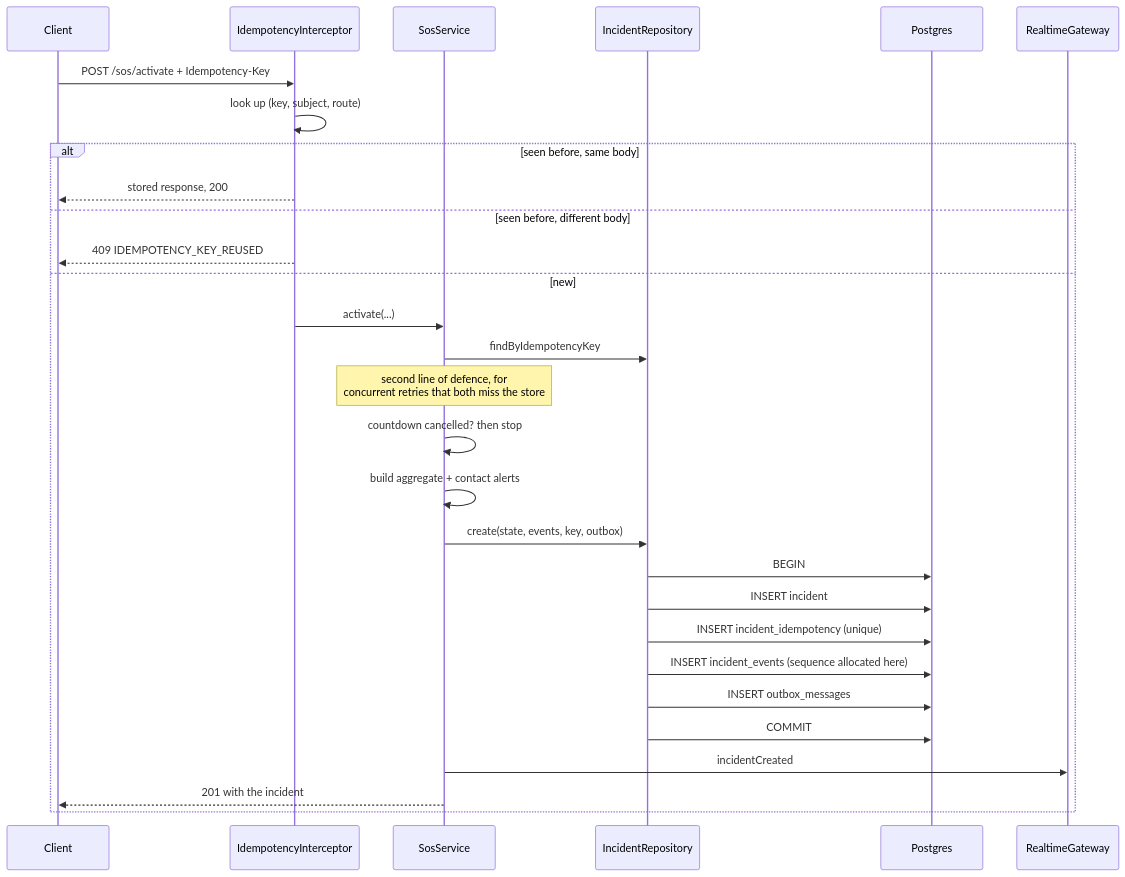
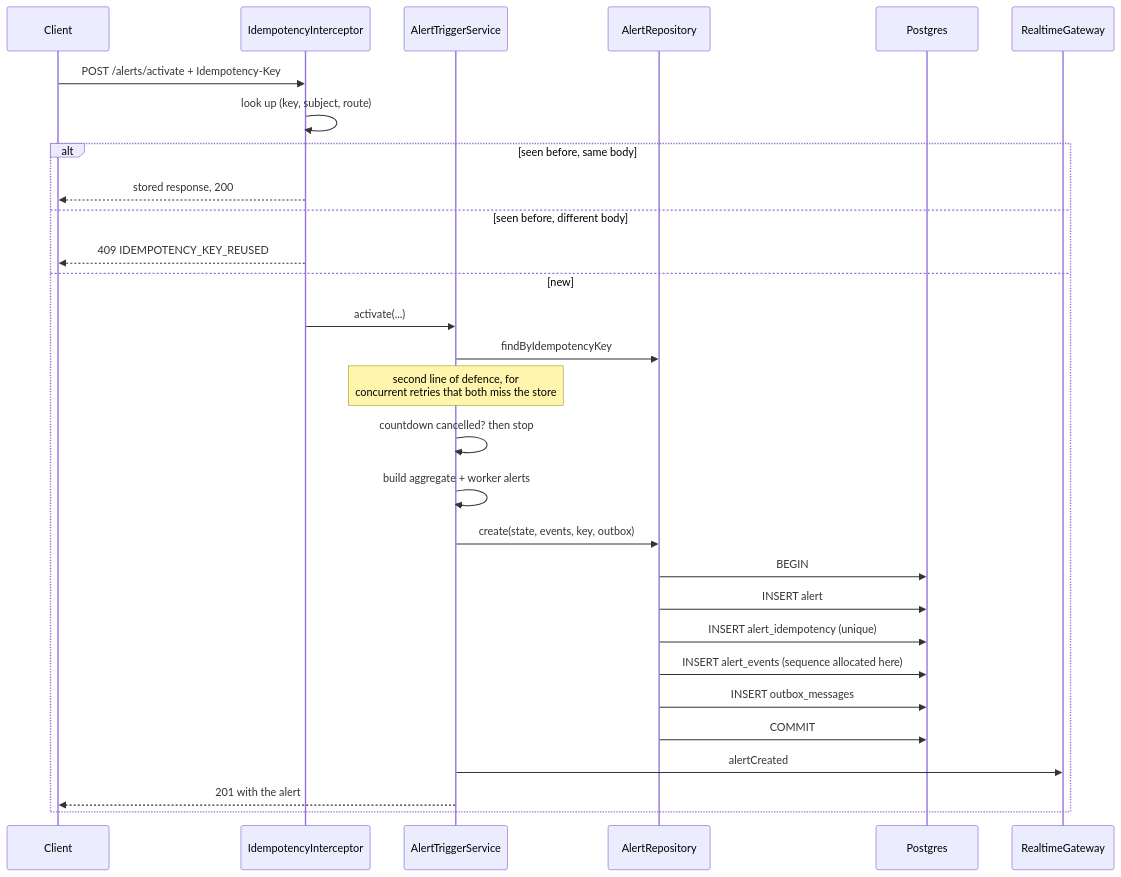
Before and after one commit to Sam12355/agricore-farm-platform: the third of 4 diagrams in ARCHITECTURE.md, drawn with Mermaid. The commit also changed other lines of this file and 205 other files, not shown here.

````diff
--- a/ARCHITECTURE.md
+++ b/ARCHITECTURE.md
@@ -66,32 +66,32 @@
 ```mermaid
 sequenceDiagram
     participant C as Client
     participant I as IdempotencyInterceptor
-    participant S as SosService
-    participant R as IncidentRepository
+    participant S as AlertTriggerService
+    participant R as AlertRepository
     participant DB as Postgres
     participant RT as RealtimeGateway
 
-    C->>I: POST /sos/activate + Idempotency-Key
+    C->>I: POST /alerts/activate + Idempotency-Key
     I->>I: look up (key, subject, route)
     alt seen before, same body
         I-->>C: stored response, 200
     else seen before, different body
         I-->>C: 409 IDEMPOTENCY_KEY_REUSED
     else new
         I->>S: activate(...)
         S->>R: findByIdempotencyKey
         Note over S: second line of defence, for<br/>concurrent retries that both miss the store
         S->>S: countdown cancelled? then stop
-        S->>S: build aggregate + contact alerts
+        S->>S: build aggregate + worker alerts
         S->>R: create(state, events, key, outbox)
         R->>DB: BEGIN
-        R->>DB: INSERT incident
-        R->>DB: INSERT incident_idempotency (unique)
-        R->>DB: INSERT incident_events (sequence allocated here)
+        R->>DB: INSERT alert
+        R->>DB: INSERT alert_idempotency (unique)
+        R->>DB: INSERT alert_events (sequence allocated here)
         R->>DB: INSERT outbox_messages
         R->>DB: COMMIT
-        S->>RT: incidentCreated
-        S-->>C: 201 with the incident
+        S->>RT: alertCreated
+        S-->>C: 201 with the alert
     end
 ```
````
